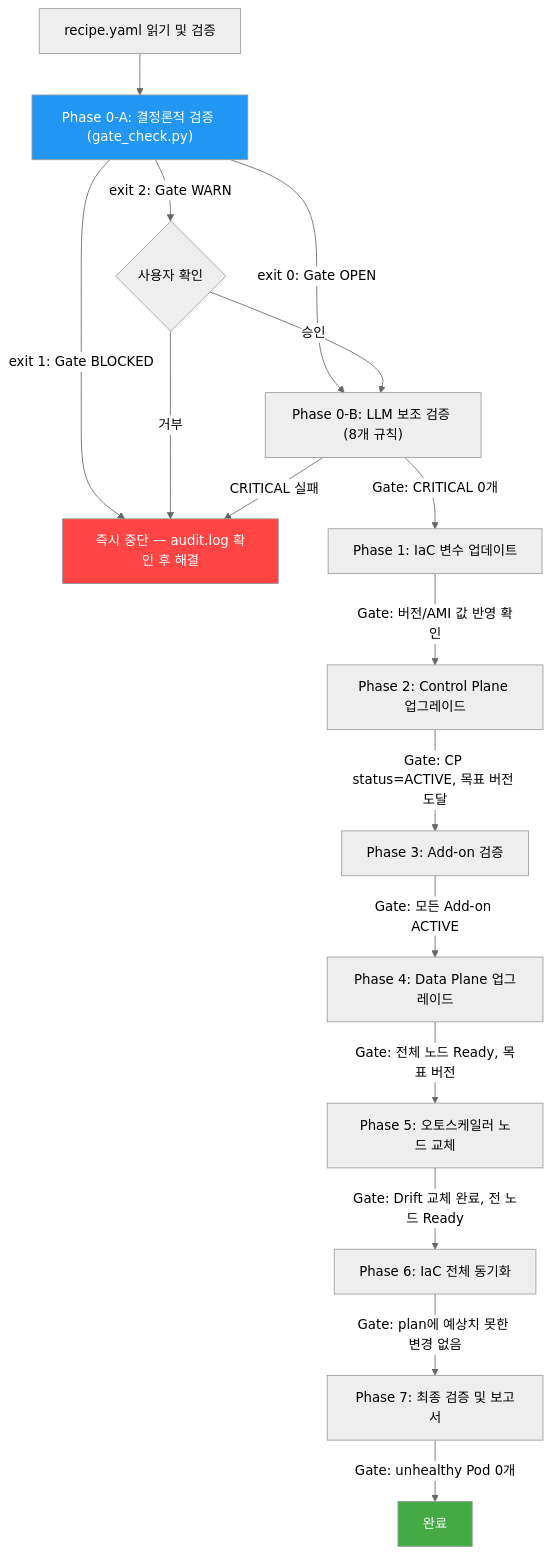
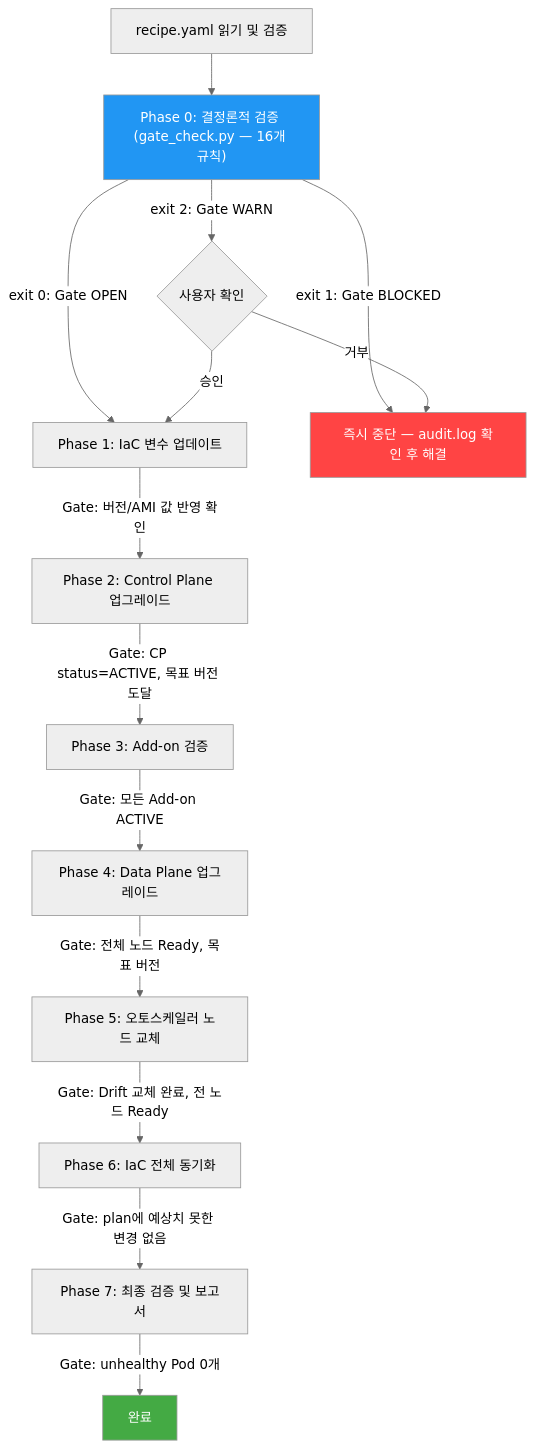
Before and after one commit to HaeDalWang/k8s-upgrade-skills: the diagram in README.md, drawn with Mermaid (neutral theme). The commit also changed other lines of this file and 3 other files, not shown here.

First line of the commit message:
feat: gate_check.py 16개 규칙 전체 결정론적 검증 완성

````diff
--- a/README.md
+++ b/README.md
@@ -161,22 +157,20 @@
 ```mermaid
 graph TD
-    A[recipe.yaml 읽기 및 검증] --> B0A["Phase 0-A: 결정론적 검증 (gate_check.py)"]
-    B0A -- "exit 0: Gate OPEN" --> B0B["Phase 0-B: LLM 보조 검증 (8개 규칙)"]
-    B0A -- "exit 1: Gate BLOCKED" --> STOP[즉시 중단 — audit.log 확인 후 해결]
-    B0A -- "exit 2: Gate WARN" --> USER_CONFIRM{사용자 확인}
-    USER_CONFIRM -- "승인" --> B0B
+    A[recipe.yaml 읽기 및 검증] --> B0["Phase 0: 결정론적 검증 (gate_check.py — 16개 규칙)"]
+    B0 -- "exit 0: Gate OPEN" --> C[Phase 1: IaC 변수 업데이트]
+    B0 -- "exit 1: Gate BLOCKED" --> STOP[즉시 중단 — audit.log 확인 후 해결]
+    B0 -- "exit 2: Gate WARN" --> USER_CONFIRM{사용자 확인}
+    USER_CONFIRM -- "승인" --> C
     USER_CONFIRM -- "거부" --> STOP
-    B0B -- "Gate: CRITICAL 0개" --> C[Phase 1: IaC 변수 업데이트]
-    B0B -- "CRITICAL 실패" --> STOP
     C -- "Gate: 버전/AMI 값 반영 확인" --> D[Phase 2: Control Plane 업그레이드]
     D -- "Gate: CP status=ACTIVE, 목표 버전 도달" --> E[Phase 3: Add-on 검증]
     E -- "Gate: 모든 Add-on ACTIVE" --> F[Phase 4: Data Plane 업그레이드]
     F -- "Gate: 전체 노드 Ready, 목표 버전" --> G[Phase 5: 오토스케일러 노드 교체]
     G -- "Gate: Drift 교체 완료, 전 노드 Ready" --> H[Phase 6: IaC 전체 동기화]
     H -- "Gate: plan에 예상치 못한 변경 없음" --> I[Phase 7: 최종 검증 및 보고서]
     I -- "Gate: unhealthy Pod 0개" --> J[완료]
 
     style STOP fill:#f44,color:#fff
     style J fill:#4a4,color:#fff
-    style B0A fill:#2196F3,color:#fff
+    style B0 fill:#2196F3,color:#fff
 ```
````
